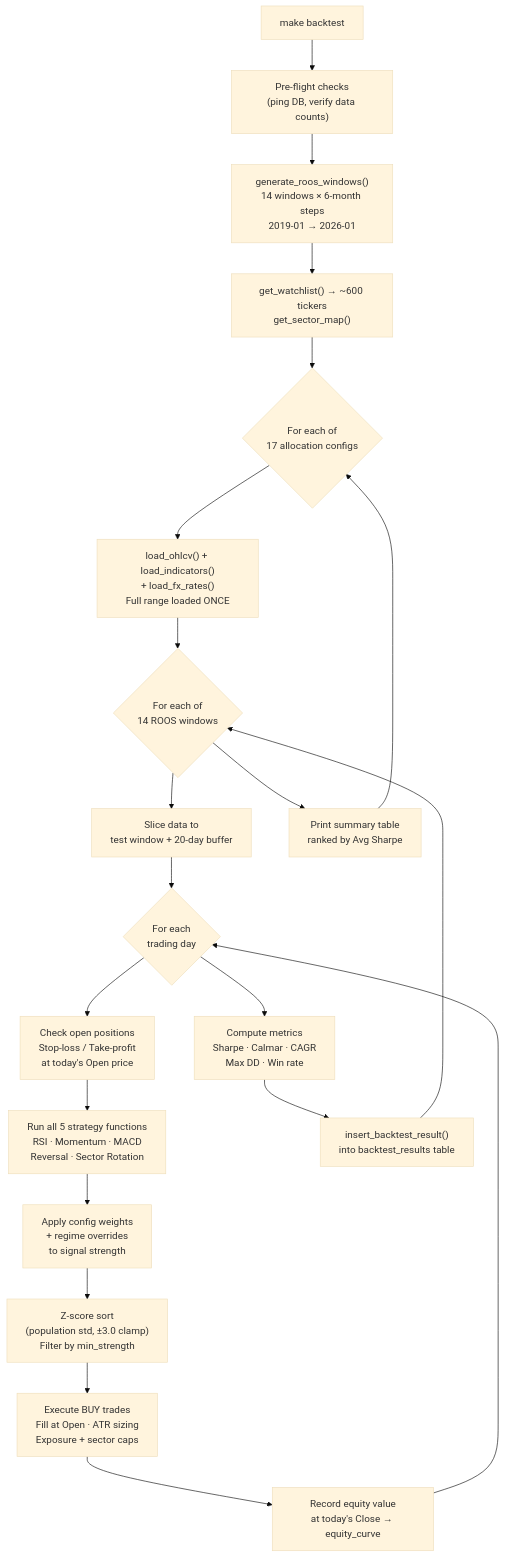
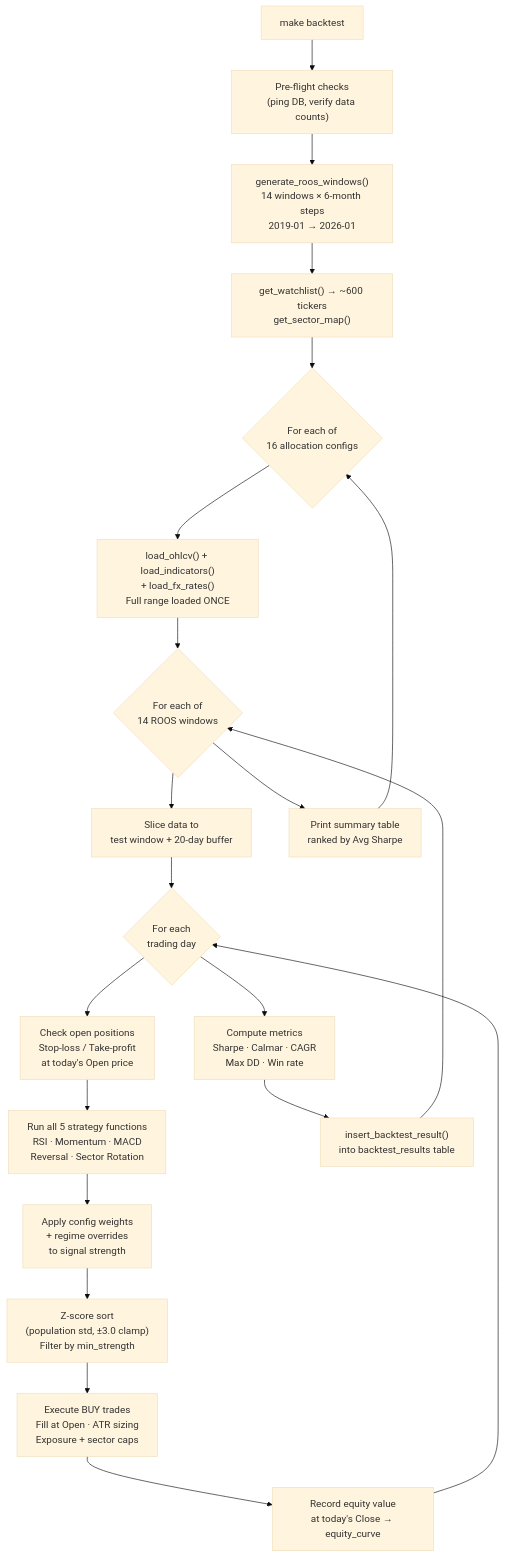
The diagram in README.md (imkkapoor/kairos), drawn with Mermaid (base theme) before and after one commit. The commit also changed other lines of this file and 11 other files, not shown here.

````diff
--- a/README.md
+++ b/README.md
@@ -103,30 +108,30 @@
 ```mermaid
 flowchart TD
     A["make backtest"] --> B["Pre-flight checks\n(ping DB, verify data counts)"]
     B --> C["generate_roos_windows()\n14 windows × 6-month steps\n2019-01 → 2026-01"]
     C --> D["get_watchlist() → ~600 tickers\nget_sector_map()"]
-    D --> E{"For each of\n17 allocation configs"}
+    D --> E{"For each of\n16 allocation configs"}
 
     E --> F["load_ohlcv() + load_indicators()\n+ load_fx_rates()\nFull range loaded ONCE"]
 
     F --> G{"For each of\n14 ROOS windows"}
 
     G --> H["Slice data to\ntest window + 20-day buffer"]
 
     H --> I{"For each\ntrading day"}
 
     I --> J["Check open positions\nStop-loss / Take-profit\nat today's Open price"]
     J --> K["Run all 5 strategy functions\nRSI · Momentum · MACD\nReversal · Sector Rotation"]
     K --> L["Apply config weights\n+ regime overrides\nto signal strength"]
     L --> M["Z-score sort\n(population std, ±3.0 clamp)\nFilter by min_strength"]
     M --> N["Execute BUY trades\nFill at Open · ATR sizing\nExposure + sector caps"]
     N --> O["Record equity value\nat today's Close → equity_curve"]
     O --> I
 
     I --> P["Compute metrics\nSharpe · Calmar · CAGR\nMax DD · Win rate"]
     P --> Q["insert_backtest_result()\ninto backtest_results table"]
     Q --> G
 
     G --> S["Print summary table\nranked by Avg Sharpe"]
     S --> E
 ```
````
